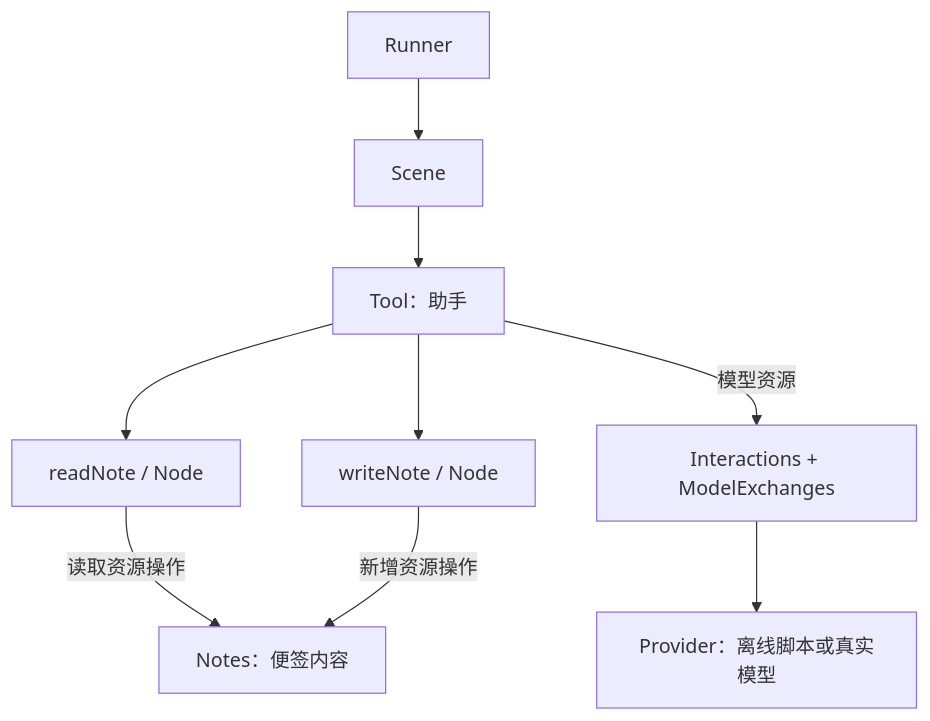
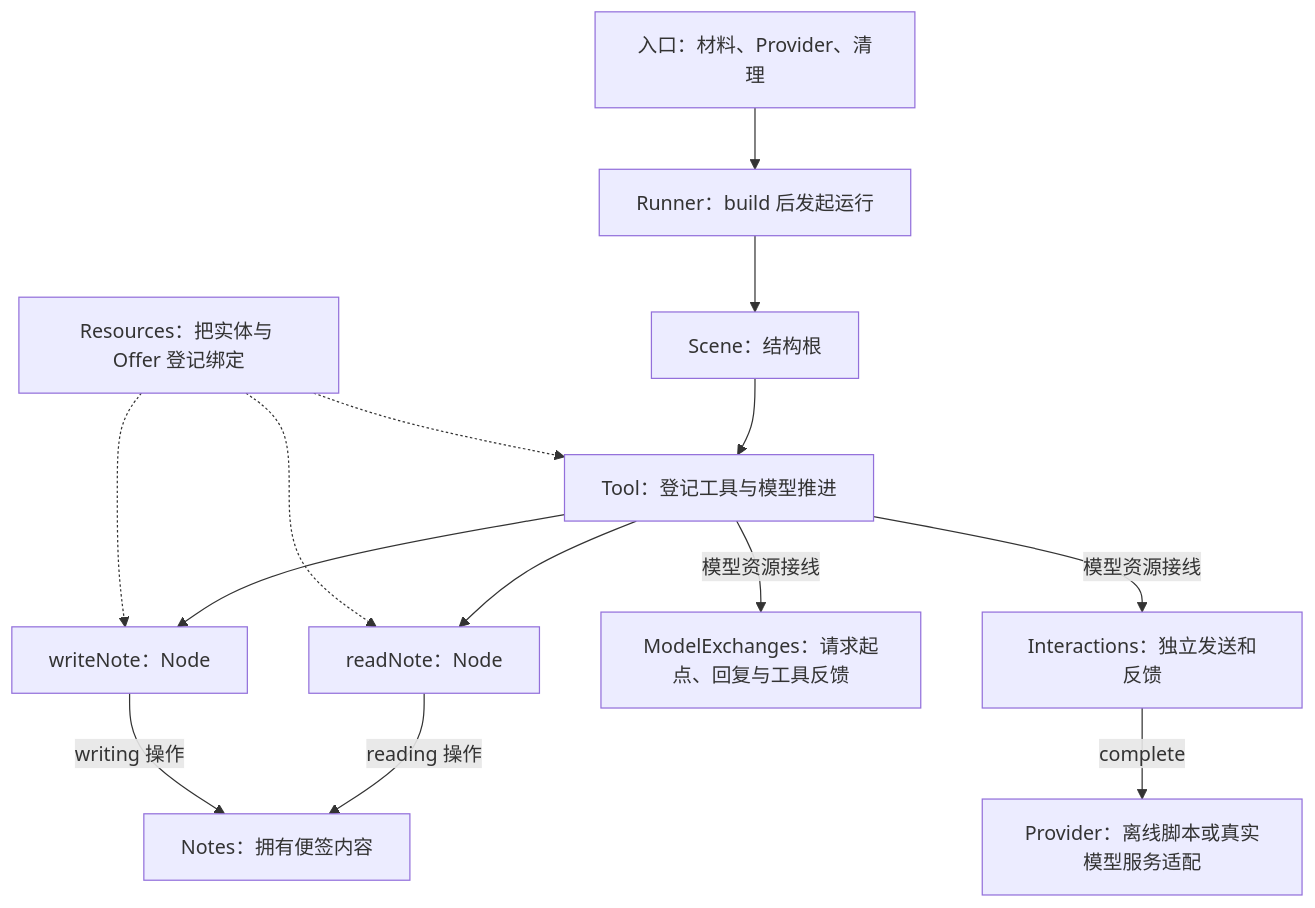
The diagram in docs/guide/getting-started.md (weiliang0121/capix), drawn with Mermaid before and after one commit. The commit also changed other lines of this file and 41 other files, not shown here.

````diff
--- a/docs/guide/getting-started.md
+++ b/docs/guide/getting-started.md
@@ -33,11 +42,16 @@
 ```mermaid
 flowchart TB
-  Runner[Runner] --> Scene[Scene]
-  Scene --> Tool[Tool：助手]
-  Tool --> Read[readNote / Node]
-  Tool --> Write[writeNote / Node]
-  Read -->|读取资源操作| Notes[Notes：便签内容]
-  Write -->|新增资源操作| Notes
-  Tool -->|模型资源| Model[Interactions + ModelExchanges]
-  Model --> Provider[Provider：离线脚本或真实模型]
+  Host[入口：材料、Provider、清理] --> Runner[Runner：build 后发起运行]
+  Runner --> Scene[Scene：结构根]
+  Scene --> Tool[Tool：登记工具与模型推进]
+  Tool --> Read[readNote：Node]
+  Tool --> Write[writeNote：Node]
+  Read -->|reading 操作| Notes[Notes：拥有便签内容]
+  Write -->|writing 操作| Notes
+  Tool -->|模型资源接线| Exchanges[ModelExchanges：请求起点、回复与工具反馈]
+  Tool -->|模型资源接线| Interactions[Interactions：独立发送和反馈]
+  Interactions -->|complete| Provider[Provider：离线脚本或真实模型服务适配]
+  Resources[Resources：把实体与 Offer 登记绑定] -.-> Read
+  Resources -.-> Write
+  Resources -.-> Tool
 ```
````
